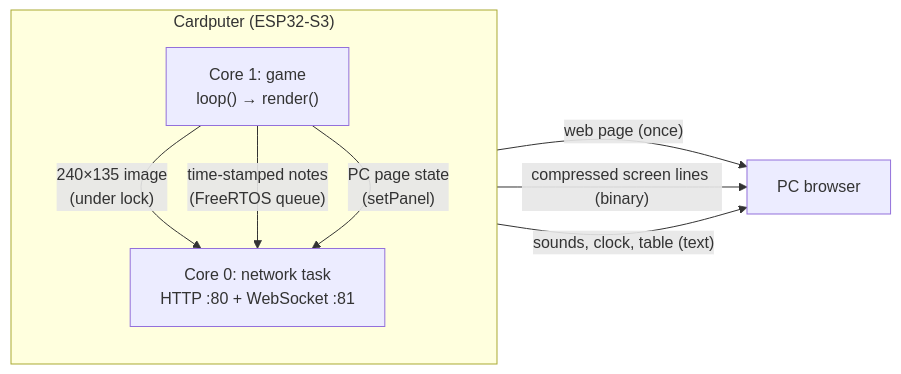
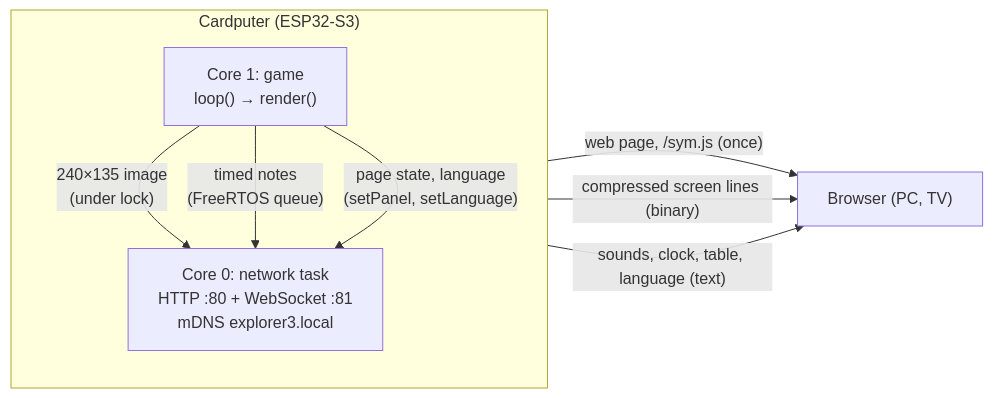
One commit to RyoSaeba89/Escape-Game-Cardputer changed the second of 2 diagrams in docs/TECHNICAL.md. Above: the diagram before and after it, drawn with Mermaid. The commit also changed other lines of this file and 5 other files, not shown here.

````diff
--- a/docs/TECHNICAL.md
+++ b/docs/TECHNICAL.md
@@ -227,13 +261,13 @@
 ```mermaid
 flowchart LR
     subgraph Cardputer["Cardputer (ESP32-S3)"]
         direction TB
         G["Core 1: game<br/>loop() → render()"] -->|"240×135 image<br/>(under lock)"| N
-        G -->|"time-stamped notes<br/>(FreeRTOS queue)"| N
-        G -->|"PC page state<br/>(setPanel)"| N
-        N["Core 0: network task<br/>HTTP :80 + WebSocket :81"]
+        G -->|"timed notes<br/>(FreeRTOS queue)"| N
+        G -->|"page state, language<br/>(setPanel, setLanguage)"| N
+        N["Core 0: network task<br/>HTTP :80 + WebSocket :81<br/>mDNS explorer3.local"]
     end
-    N -->|"web page (once)"| B["PC browser"]
+    N -->|"web page, /sym.js (once)"| B["Browser (PC, TV)"]
     N -->|"compressed screen lines (binary)"| B
-    N -->|"sounds, clock, table (text)"| B
+    N -->|"sounds, clock, table, language (text)"| B
 ```
````
